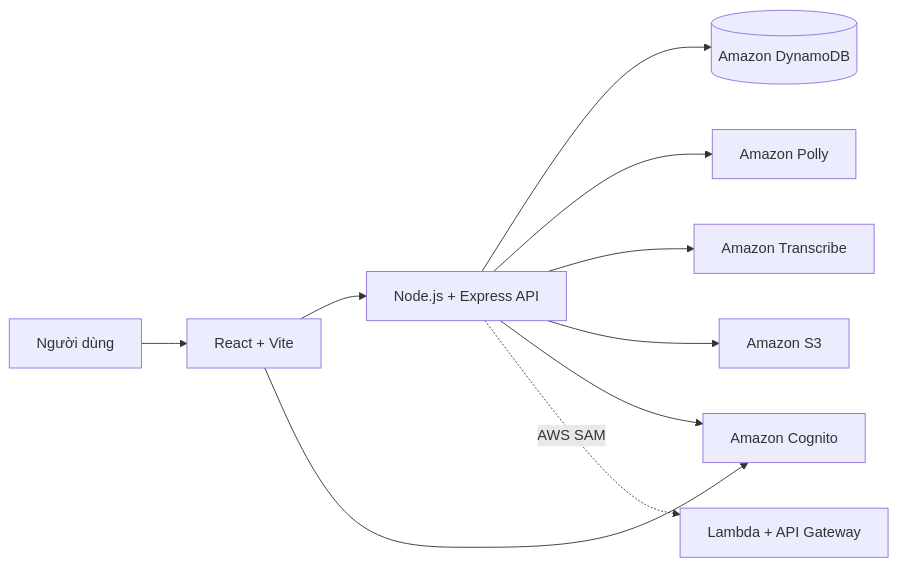
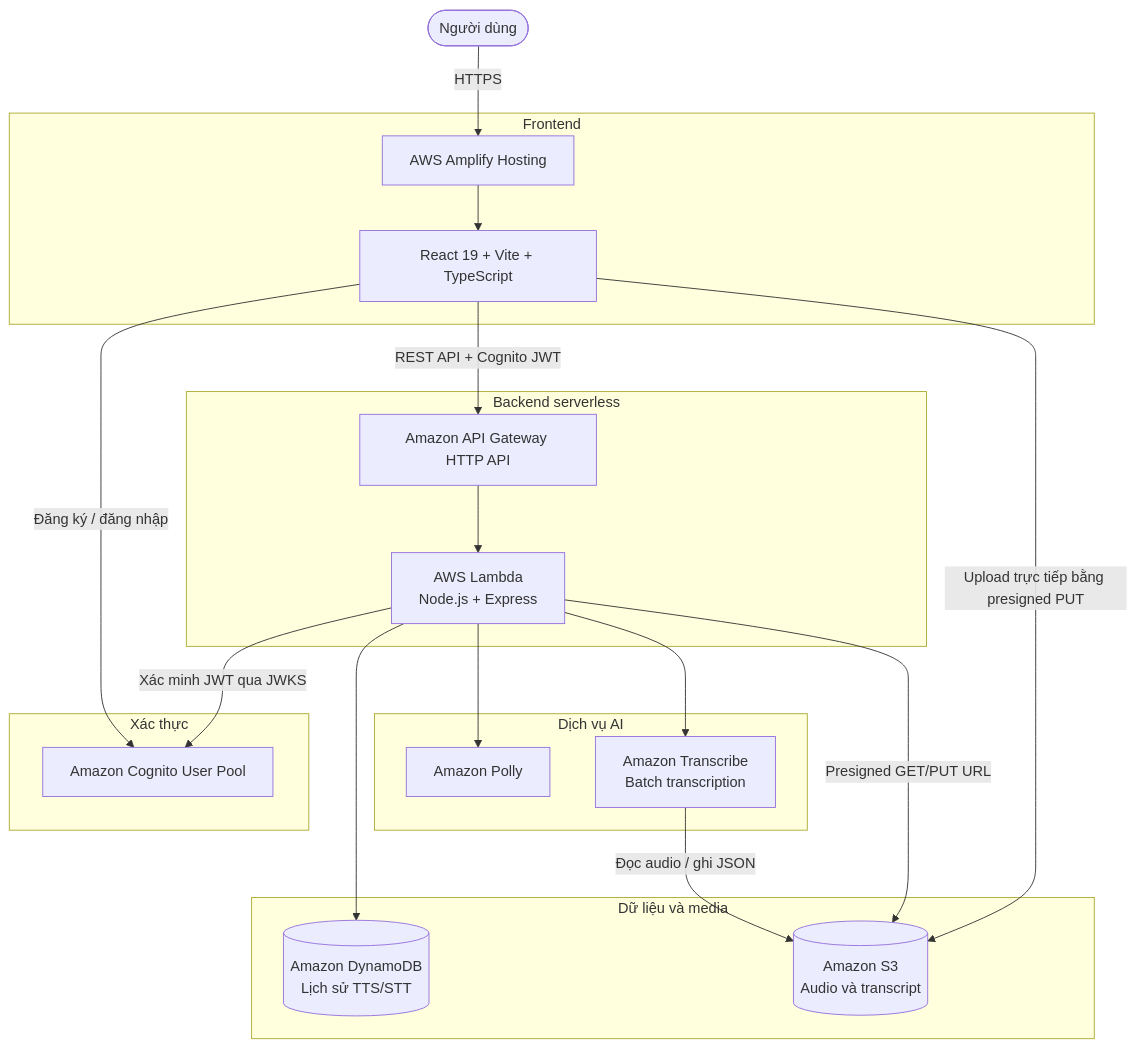
One commit to super-chickens-aws/polly-voice changed the first of 3 diagrams in README.md. Above: the diagram before and after it, drawn with Mermaid. The commit also changed other lines of this file, not shown here.

Commit message:
docs: redraw AWS architecture in README

````diff
--- a/README.md
+++ b/README.md
@@ -13,12 +15,41 @@
 ```mermaid
-flowchart LR
-  U["Người dùng"] --> R["React + Vite"]
-  R --> A["Node.js + Express API"]
-  A --> D[("Amazon DynamoDB")]
-  A --> P["Amazon Polly"]
-  A --> T["Amazon Transcribe"]
-  A --> S["Amazon S3"]
-  R --> C["Amazon Cognito"]
-  A --> C
-  A -. "AWS SAM" .-> L["Lambda + API Gateway"]
+flowchart TB
+  User(["Người dùng"])
+
+  subgraph Frontend["Frontend"]
+    Amplify["AWS Amplify Hosting"]
+    React["React 19 + Vite + TypeScript"]
+    Amplify --> React
+  end
+
+  subgraph Security["Xác thực"]
+    Cognito["Amazon Cognito User Pool"]
+  end
+
+  subgraph Backend["Backend serverless"]
+    Gateway["Amazon API Gateway HTTP API"]
+    Lambda["AWS Lambda<br/>Node.js + Express"]
+    Gateway --> Lambda
+  end
+
+  subgraph Data["Dữ liệu và media"]
+    DynamoDB[("Amazon DynamoDB<br/>Lịch sử TTS/STT")]
+    S3[("Amazon S3<br/>Audio và transcript")]
+  end
+
+  subgraph AI["Dịch vụ AI"]
+    Polly["Amazon Polly"]
+    Transcribe["Amazon Transcribe<br/>Batch transcription"]
+  end
+
+  User -->|HTTPS| Amplify
+  React -->|Đăng ký / đăng nhập| Cognito
+  React -->|REST API + Cognito JWT| Gateway
+  Lambda -->|Xác minh JWT qua JWKS| Cognito
+  Lambda --> DynamoDB
+  Lambda --> Polly
+  Lambda --> Transcribe
+  Lambda -->|Presigned GET/PUT URL| S3
+  React -->|Upload trực tiếp bằng presigned PUT| S3
+  Transcribe -->|Đọc audio / ghi JSON| S3
 ```
````
